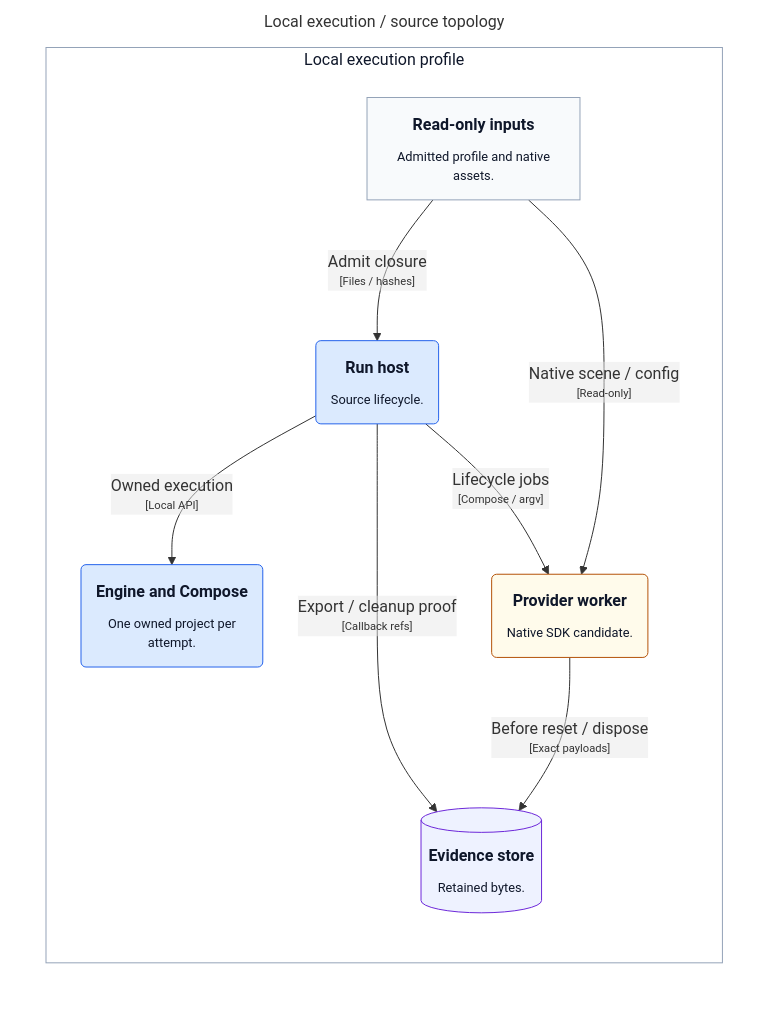
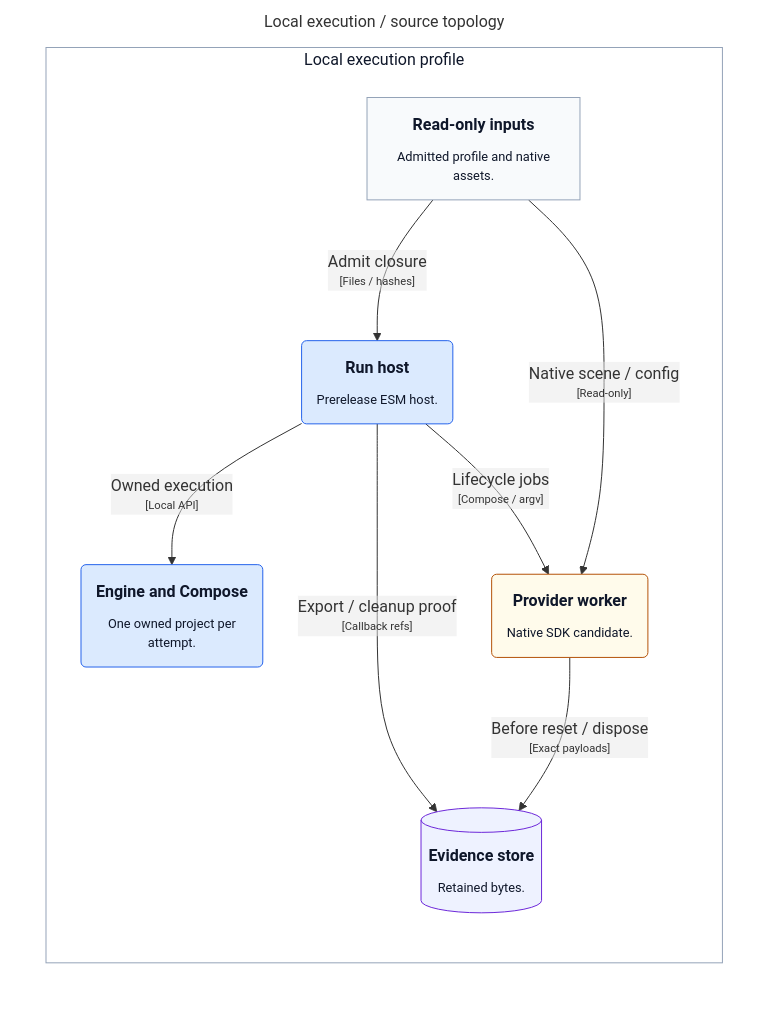
One commit to mmkolpakov/robotics-runtime changed the diagram in docs/architecture/generated/structurizr-ExecutionDeployment.mmd. Above: the diagram before and after it, drawn with Mermaid. The commit also changed 17 other files, not shown here.

Commit message:
Document the published core host and update architecture status

```diff
--- a/docs/architecture/generated/structurizr-ExecutionDeployment.mmd
+++ b/docs/architecture/generated/structurizr-ExecutionDeployment.mmd
@@ -1,29 +1,29 @@
 graph LR
   linkStyle default fill:#ffffff
 
   subgraph diagram ["Local execution / source topology"]
     style diagram fill:#ffffff,stroke:#ffffff
 
     subgraph 53 ["Local execution profile"]
       style 53 fill:#ffffff,stroke:#94a3b8,color:#0f172a
 
       54["<div style='font-weight: bold'>Read-only inputs</div><div style='font-size: 80%; margin-top:10px'>Admitted profile and native<br />assets.</div>"]
       style 54 fill:#f8fafc,stroke:#94a3b8,color:#0f172a
       55("<div style='font-weight: bold'>Engine and Compose</div><div style='font-size: 80%; margin-top:10px'>One owned project per<br />attempt.</div>")
       style 55 fill:#dbeafe,stroke:#2563eb,color:#0f172a
-      56("<div style='font-weight: bold'>Run host</div><div style='font-size: 80%; margin-top:10px'>Source lifecycle.</div>")
+      56("<div style='font-weight: bold'>Run host</div><div style='font-size: 80%; margin-top:10px'>Prerelease ESM host.</div>")
       style 56 fill:#dbeafe,stroke:#2563eb,color:#0f172a
       57("<div style='font-weight: bold'>Provider worker</div><div style='font-size: 80%; margin-top:10px'>Native SDK candidate.</div>")
       style 57 fill:#fffbeb,stroke:#b45309,color:#0f172a
       59[("<div style='font-weight: bold'>Evidence store</div><div style='font-size: 80%; margin-top:10px'>Retained bytes.</div>")]
       style 59 fill:#eef2ff,stroke:#6d28d9,color:#0f172a
     end
 
     56-- "<div>Lifecycle jobs</div><div style='font-size: 70%'>[Compose / argv]</div>" -->57
     56-- "<div>Export / cleanup proof</div><div style='font-size: 70%'>[Callback refs]</div>" -->59
     57-- "<div>Before reset / dispose</div><div style='font-size: 70%'>[Exact payloads]</div>" -->59
     54-- "<div>Admit closure</div><div style='font-size: 70%'>[Files / hashes]</div>" -->56
     54-- "<div>Native scene / config</div><div style='font-size: 70%'>[Read-only]</div>" -->57
     56-- "<div>Owned execution</div><div style='font-size: 70%'>[Local API]</div>" -->55
 
   end
```
